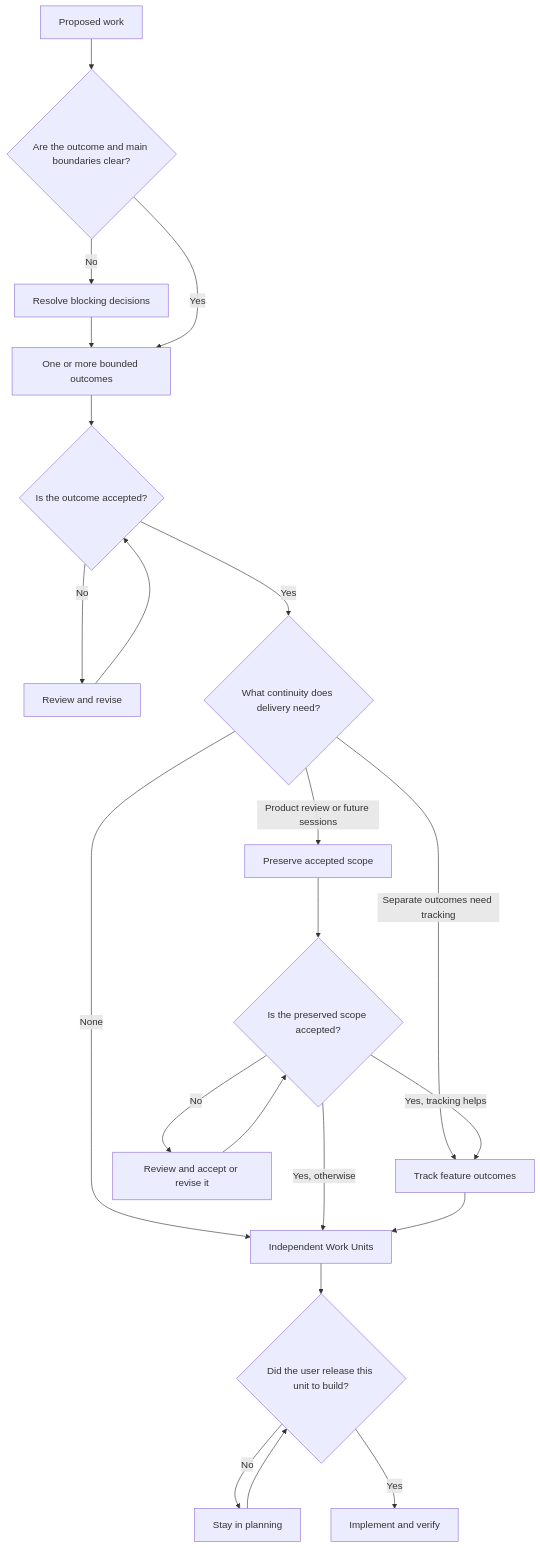
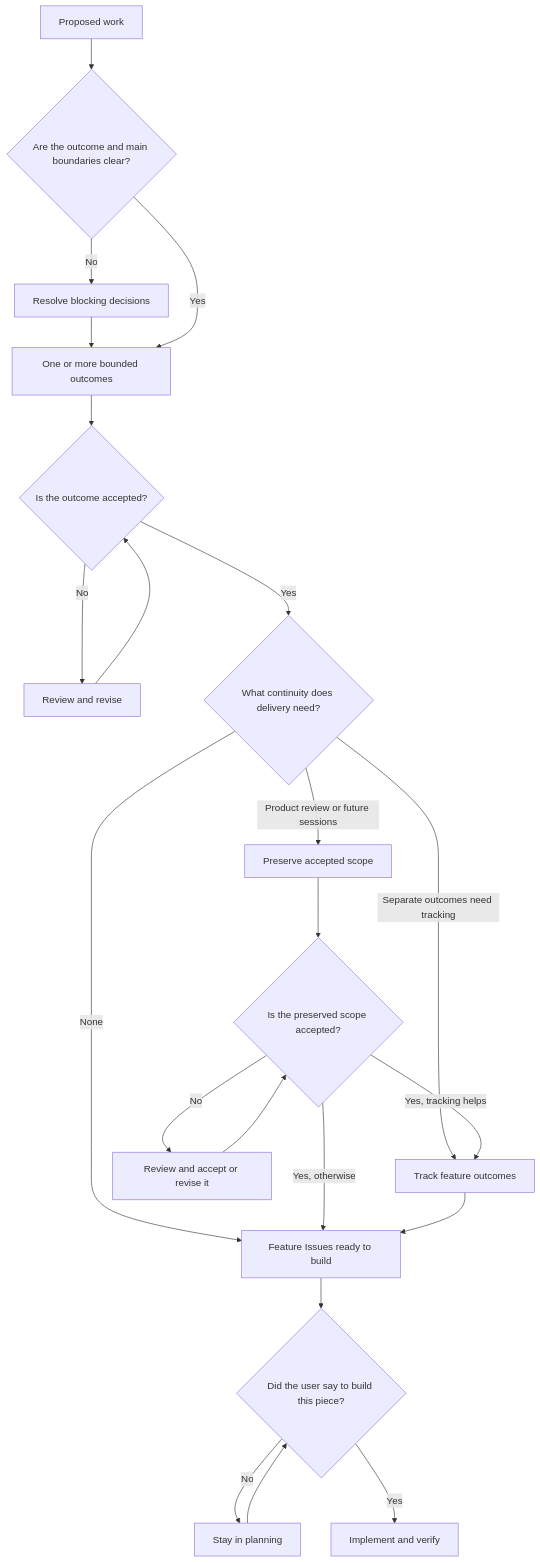
One commit to synorastudio/eng-playbook changed the diagram in README.md. Above: the diagram before and after it, drawn with Mermaid. The commit also changed other lines of this file and 14 other files, not shown here.

First line of the commit message:
refactor(playbook): retire the Work Unit and release vocabulary

````diff
--- a/README.md
+++ b/README.md
@@ -33,24 +33,24 @@
 ```mermaid
 flowchart TD
     proposed[Proposed work] --> clear{Are the outcome and main boundaries clear?}
     clear -->|No| resolve[Resolve blocking decisions]
     resolve --> bounded[One or more bounded outcomes]
     clear -->|Yes| bounded
     bounded --> accepted{Is the outcome accepted?}
     accepted -->|No| review[Review and revise]
     review --> accepted
     accepted -->|Yes| continuity{What continuity does delivery need?}
     continuity -->|Product review or future sessions| preserve[Preserve accepted scope]
     continuity -->|Separate outcomes need tracking| track[Track feature outcomes]
-    continuity -->|None| units[Independent Work Units]
+    continuity -->|None| ready[Feature Issues ready to build]
     preserve --> preservedAccepted{Is the preserved scope accepted?}
     preservedAccepted -->|No| preserveReview[Review and accept or revise it]
     preserveReview --> preservedAccepted
     preservedAccepted -->|Yes, tracking helps| track
-    preservedAccepted -->|Yes, otherwise| units
-    track --> units
-    units --> released{Did the user release this unit to build?}
-    released -->|No| planning[Stay in planning]
-    planning --> released
-    released -->|Yes| implement[Implement and verify]
+    preservedAccepted -->|Yes, otherwise| ready
+    track --> ready
+    ready --> gate{Did the user say to build this piece?}
+    gate -->|No| planning[Stay in planning]
+    planning --> gate
+    gate -->|Yes| implement[Implement and verify]
 ```
````
